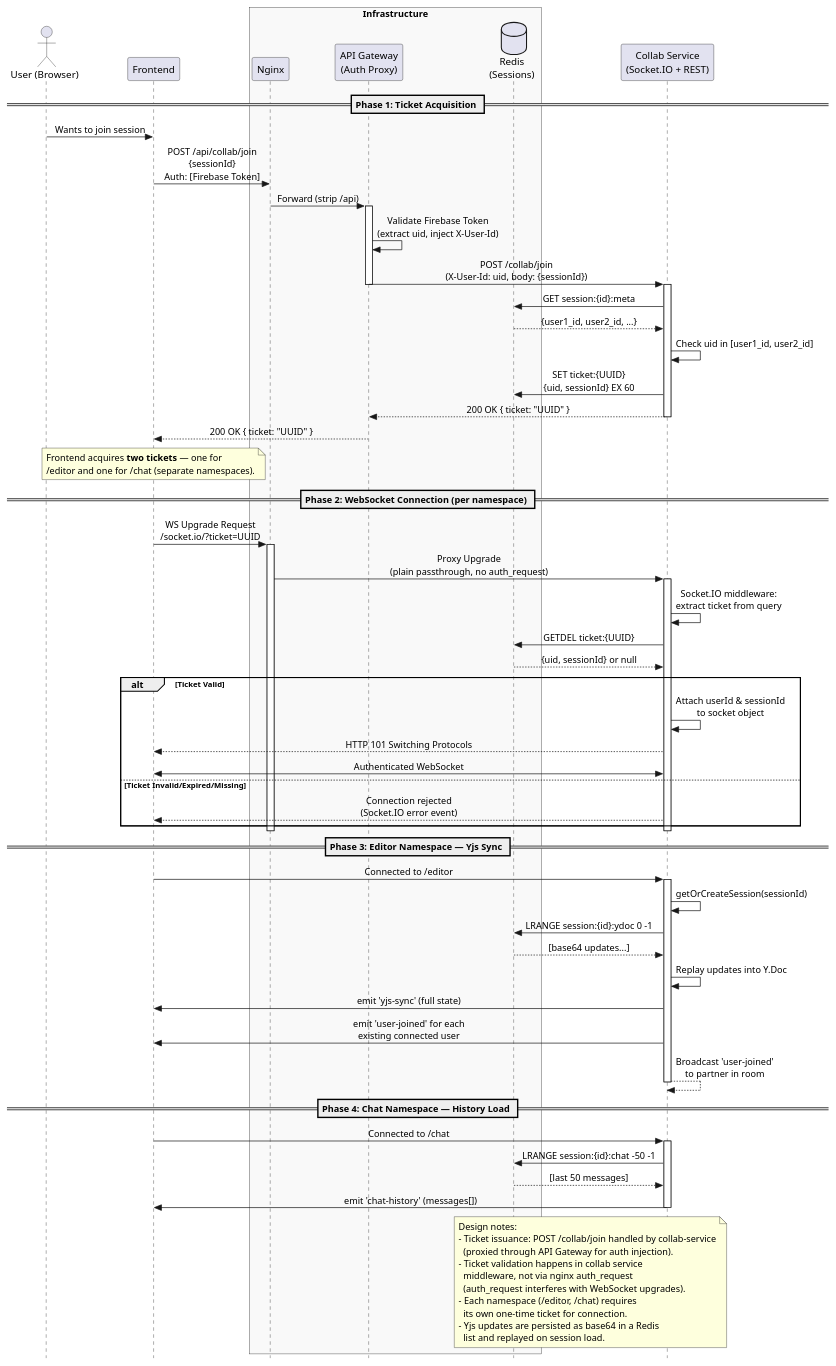
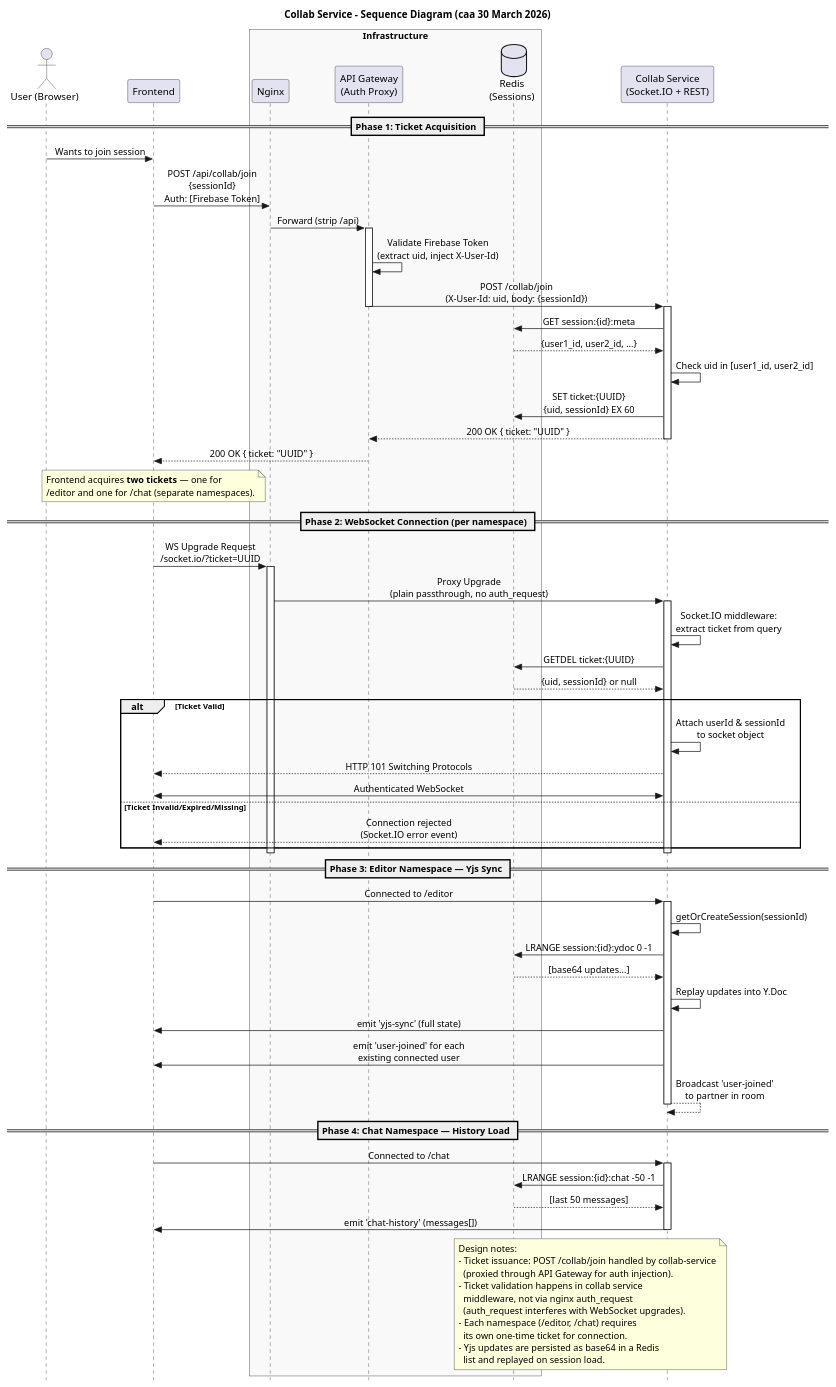
One commit to CS3219-AY2526S2/peerprep-g18 changed the diagram in docs/plantUML/collab.puml. Above: the diagram before and after it, drawn with PlantUML. The commit also changed 16 other files, not shown here.

```diff
--- a/docs/plantUML/collab.puml
+++ b/docs/plantUML/collab.puml
@@ -1,95 +1,97 @@
 @startuml
 skinparam style strictuml
 skinparam sequenceMessageAlign center
+
+title Collab Service - Sequence Diagram (caa 30 March 2026)
 
 actor "User (Browser)" as User
 participant "Frontend" as FE
 box "Infrastructure" #f9f9f9
     participant "Nginx" as Nginx
     participant "API Gateway\n(Auth Proxy)" as GW
     database "Redis\n(Sessions)" as Redis
 end box
 participant "Collab Service\n(Socket.IO + REST)" as Collab
 
 == Phase 1: Ticket Acquisition ==
 
 User -> FE: Wants to join session
 FE -> Nginx: POST /api/collab/join\n{sessionId}\nAuth: [Firebase Token]
 Nginx -> GW: Forward (strip /api)
 activate GW
 GW -> GW: Validate Firebase Token\n(extract uid, inject X-User-Id)
 GW -> Collab: POST /collab/join\n(X-User-Id: uid, body: {sessionId})
 deactivate GW
 activate Collab
 Collab -> Redis: GET session:{id}:meta
 Redis --> Collab: {user1_id, user2_id, ...}
 Collab -> Collab: Check uid in [user1_id, user2_id]
 Collab -> Redis: SET ticket:{UUID}\n{uid, sessionId} EX 60
 Collab --> GW: 200 OK { ticket: "UUID" }
 deactivate Collab
 GW --> FE: 200 OK { ticket: "UUID" }
 
 note over FE
   Frontend acquires **two tickets** — one for
   /editor and one for /chat (separate namespaces).
 end note
 
 == Phase 2: WebSocket Connection (per namespace) ==
 
 FE -> Nginx: WS Upgrade Request\n/socket.io/?ticket=UUID
 activate Nginx
 Nginx -> Collab: Proxy Upgrade\n(plain passthrough, no auth_request)
 activate Collab
 
 Collab -> Collab: Socket.IO middleware:\nextract ticket from query
 
 Collab -> Redis: GETDEL ticket:{UUID}
 Redis --> Collab: {uid, sessionId} or null
 
 alt Ticket Valid
     Collab -> Collab: Attach userId & sessionId\nto socket object
     Collab --> FE: HTTP 101 Switching Protocols
     FE <-> Collab: Authenticated WebSocket
 else Ticket Invalid/Expired/Missing
     Collab --> FE: Connection rejected\n(Socket.IO error event)
 end
 
 deactivate Collab
 deactivate Nginx
 
 == Phase 3: Editor Namespace — Yjs Sync ==
 
 FE -> Collab: Connected to /editor
 activate Collab
 Collab -> Collab: getOrCreateSession(sessionId)
 Collab -> Redis: LRANGE session:{id}:ydoc 0 -1
 Redis --> Collab: [base64 updates...]
 Collab -> Collab: Replay updates into Y.Doc
 Collab -> FE: emit 'yjs-sync' (full state)
 Collab -> FE: emit 'user-joined' for each\nexisting connected user
 Collab --> Collab: Broadcast 'user-joined'\nto partner in room
 deactivate Collab
 
 == Phase 4: Chat Namespace — History Load ==
 
 FE -> Collab: Connected to /chat
 activate Collab
 Collab -> Redis: LRANGE session:{id}:chat -50 -1
 Redis --> Collab: [last 50 messages]
 Collab -> FE: emit 'chat-history' (messages[])
 deactivate Collab
 
 note over Collab, Redis
   Design notes:
   - Ticket issuance: POST /collab/join handled by collab-service
     (proxied through API Gateway for auth injection).
   - Ticket validation happens in collab service
     middleware, not via nginx auth_request
     (auth_request interferes with WebSocket upgrades).
   - Each namespace (/editor, /chat) requires
     its own one-time ticket for connection.
   - Yjs updates are persisted as base64 in a Redis
     list and replayed on session load.
 end note
 
 @enduml
```
